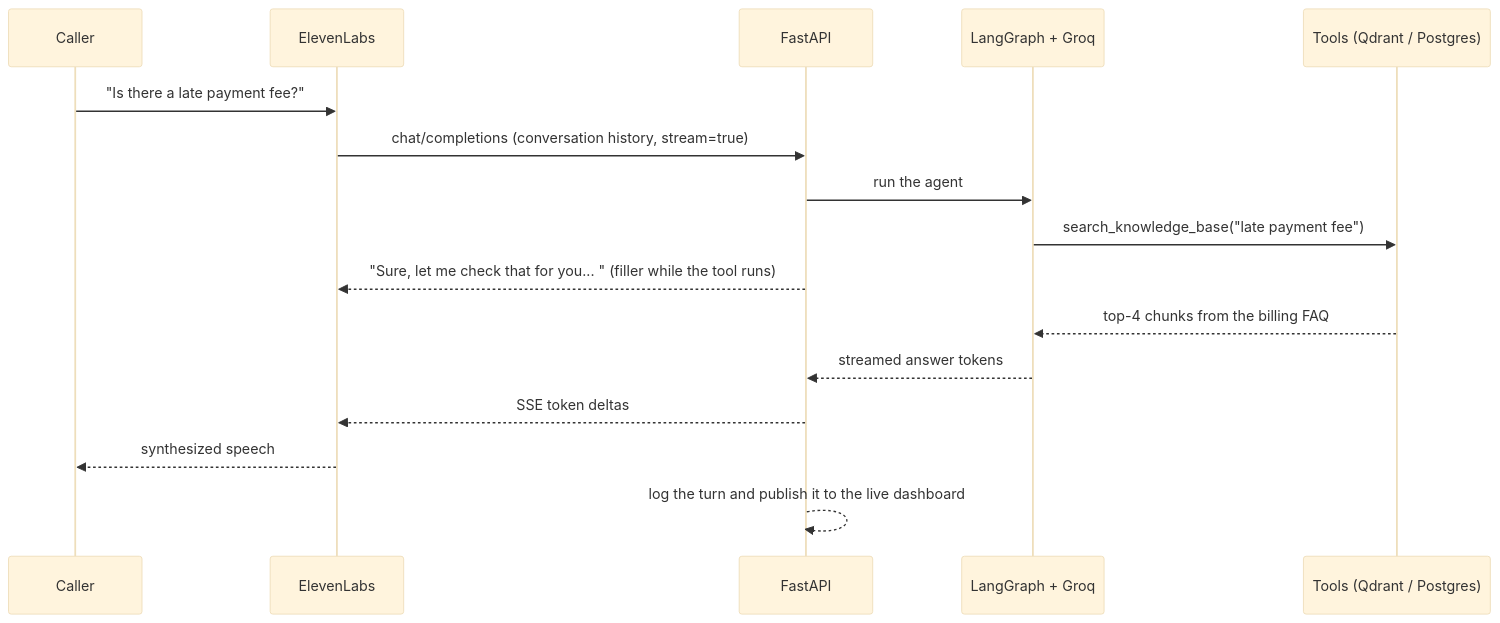
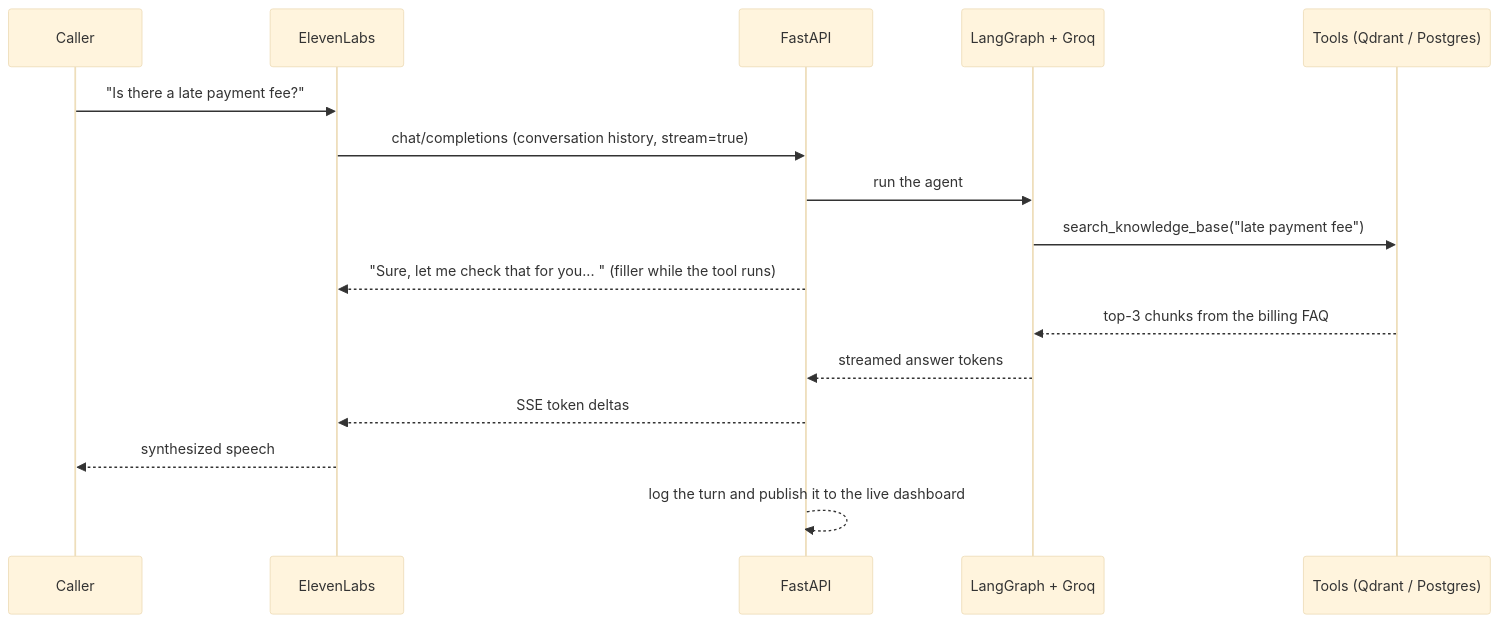
Before and after one commit to Thusitha8181/vocal: the second of 2 diagrams in README.md, drawn with Mermaid (base theme). The commit also changed 6 other files, not shown here.

````diff
--- a/README.md
+++ b/README.md
@@ -42,18 +42,18 @@
 ```mermaid
 sequenceDiagram
     participant C as Caller
     participant EL as ElevenLabs
     participant API as FastAPI
     participant G as LangGraph + Groq
     participant T as Tools (Qdrant / Postgres)
     C->>EL: "Is there a late payment fee?"
     EL->>API: chat/completions (conversation history, stream=true)
     API->>G: run the agent
     G->>T: search_knowledge_base("late payment fee")
     API-->>EL: "Sure, let me check that for you... " (filler while the tool runs)
-    T-->>G: top-4 chunks from the billing FAQ
+    T-->>G: top-3 chunks from the billing FAQ
     G-->>API: streamed answer tokens
     API-->>EL: SSE token deltas
     EL-->>C: synthesized speech
     API-->>API: log the turn and publish it to the live dashboard
 ```
````
